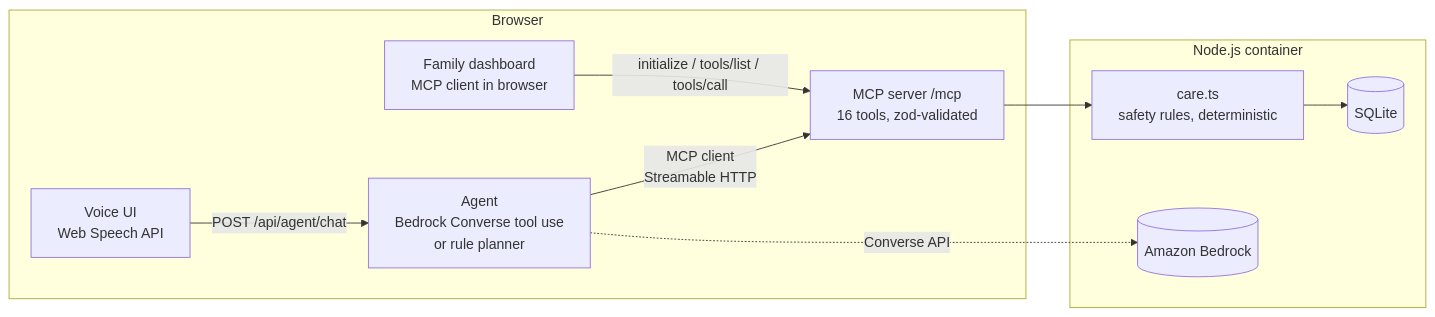
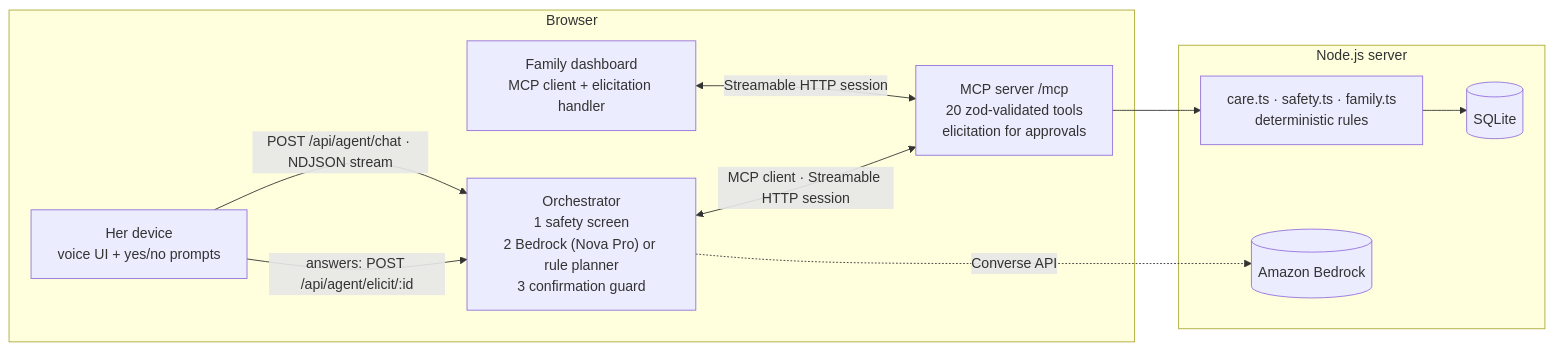
The diagram in README.md (Ohi-Me/CareCircle), drawn with Mermaid before and after one commit. The commit also changed other lines of this file, not shown here.

Commit message:
README: reframe as 'Ask before you act', document elicitation, safety screen, escalation, honest eval table

````diff
--- a/README.md
+++ b/README.md
@@ -56,13 +53,14 @@
 ```mermaid
 flowchart LR
   subgraph Browser
-    V[Voice UI<br/>Web Speech API] -->|POST /api/agent/chat| A
-    D[Family dashboard<br/>MCP client in browser] -->|initialize / tools/list / tools/call| M
+    V["Her device<br/>voice UI + yes/no prompts"] -->|POST /api/agent/chat · NDJSON stream| A
+    V -->|answers: POST /api/agent/elicit/:id| A
+    D["Family dashboard<br/>MCP client + elicitation handler"] <-->|Streamable HTTP session| M
   end
-  subgraph Server [Node.js container]
-    A[Agent<br/>Bedrock Converse tool use<br/>or rule planner] -->|MCP client<br/>Streamable HTTP| M[MCP server /mcp<br/>16 tools, zod-validated]
-    M --> C[care.ts<br/>safety rules, deterministic]
+  subgraph Server ["Node.js server"]
+    A["Orchestrator<br/>1 safety screen<br/>2 Bedrock (Nova Pro) or rule planner<br/>3 confirmation guard"] <-->|MCP client · Streamable HTTP session| M["MCP server /mcp<br/>20 zod-validated tools<br/>elicitation for approvals"]
+    M --> C["care.ts · safety.ts · family.ts<br/>deterministic rules"]
     C --> DB[(SQLite)]
     A -.->|Converse API| B[(Amazon Bedrock)]
   end
 ```
````
